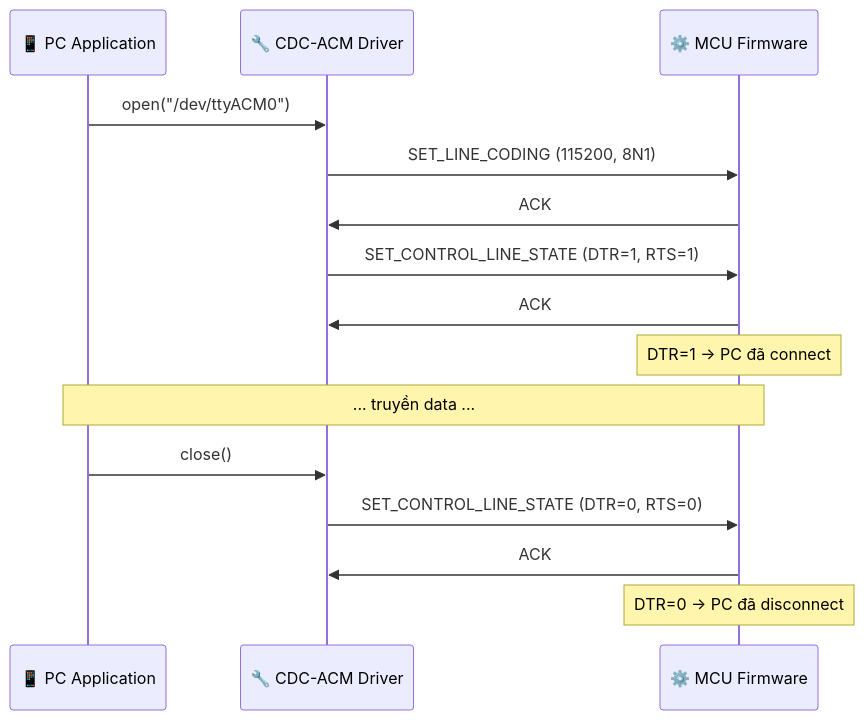
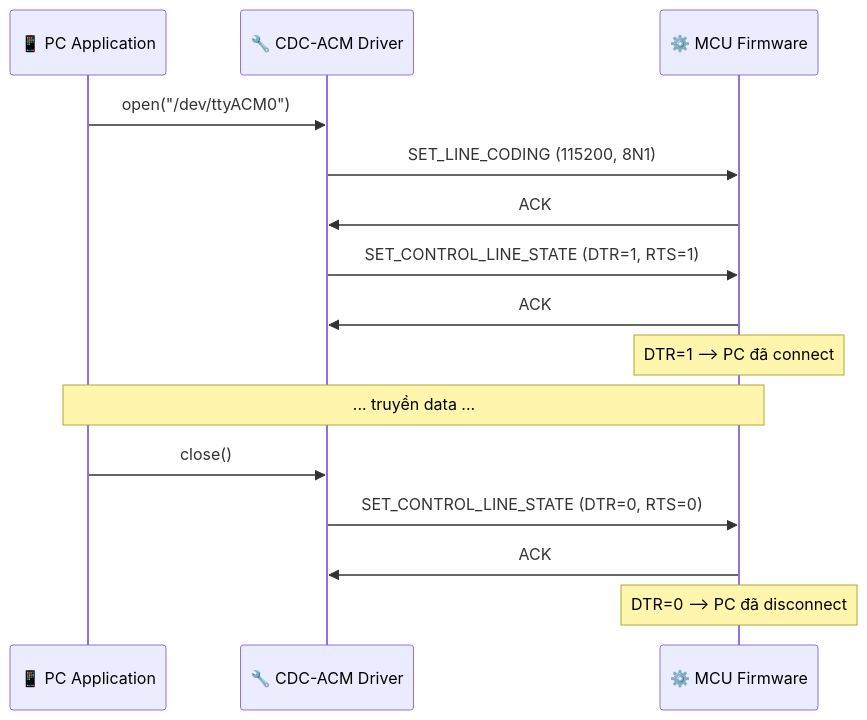
The fourth of 4 diagrams in Embedded/6. USB/90. cdc/README.md (Leminuos/tutorials), drawn with Mermaid before and after one commit. The commit also changed other lines of this file and 5 other files, not shown here.

````diff
--- a/Embedded/6. USB/90. cdc/README.md
+++ b/Embedded/6. USB/90. cdc/README.md
@@ -246,20 +247,20 @@
 ```mermaid
 sequenceDiagram
     participant APP as 📱 PC Application
     participant DRV as 🔧 CDC-ACM Driver
     participant FW as ⚙️ MCU Firmware
  
     APP->>DRV: open("/dev/ttyACM0")
     DRV->>FW: SET_LINE_CODING (115200, 8N1)
     FW->>DRV: ACK
     DRV->>FW: SET_CONTROL_LINE_STATE (DTR=1, RTS=1)
     FW->>DRV: ACK
-    Note over FW: DTR=1 → PC đã connect
+    Note over FW: DTR=1 --> PC đã connect
  
     Note over APP,FW: ... truyền data ...
  
     APP->>DRV: close()
     DRV->>FW: SET_CONTROL_LINE_STATE (DTR=0, RTS=0)
     FW->>DRV: ACK
-    Note over FW: DTR=0 → PC đã disconnect
+    Note over FW: DTR=0 --> PC đã disconnect
 ```
````
